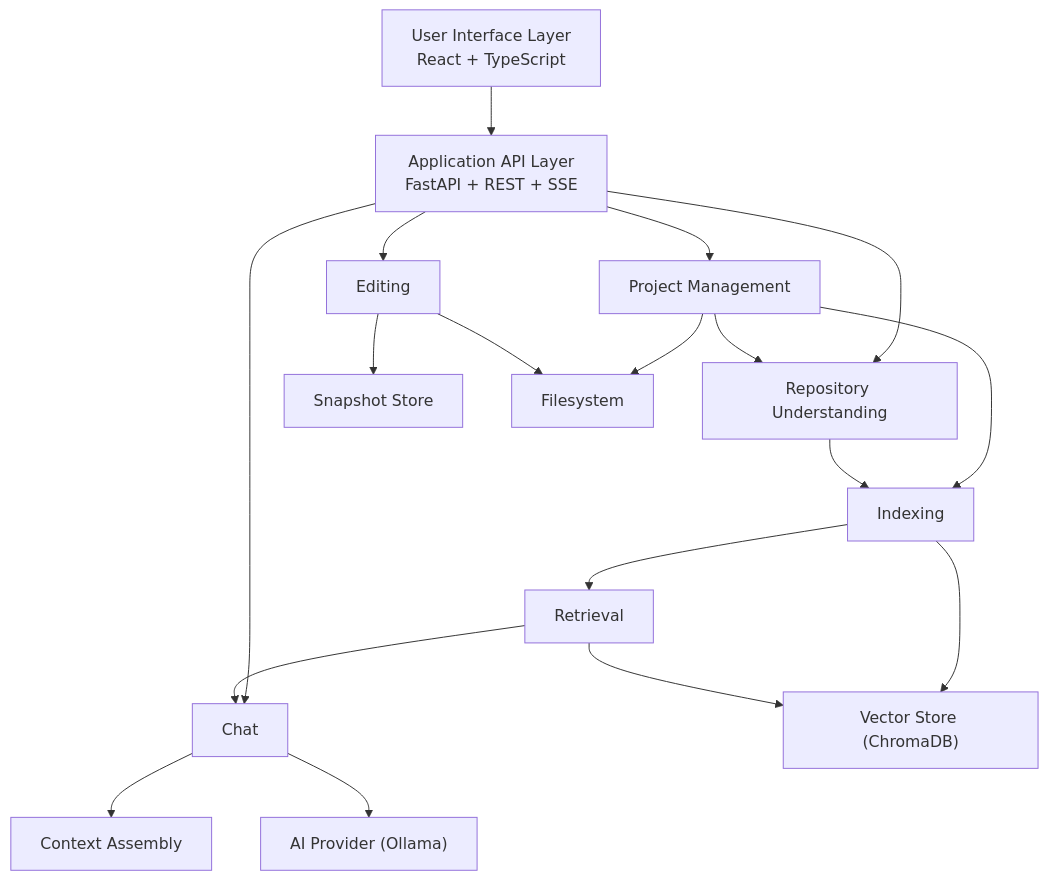
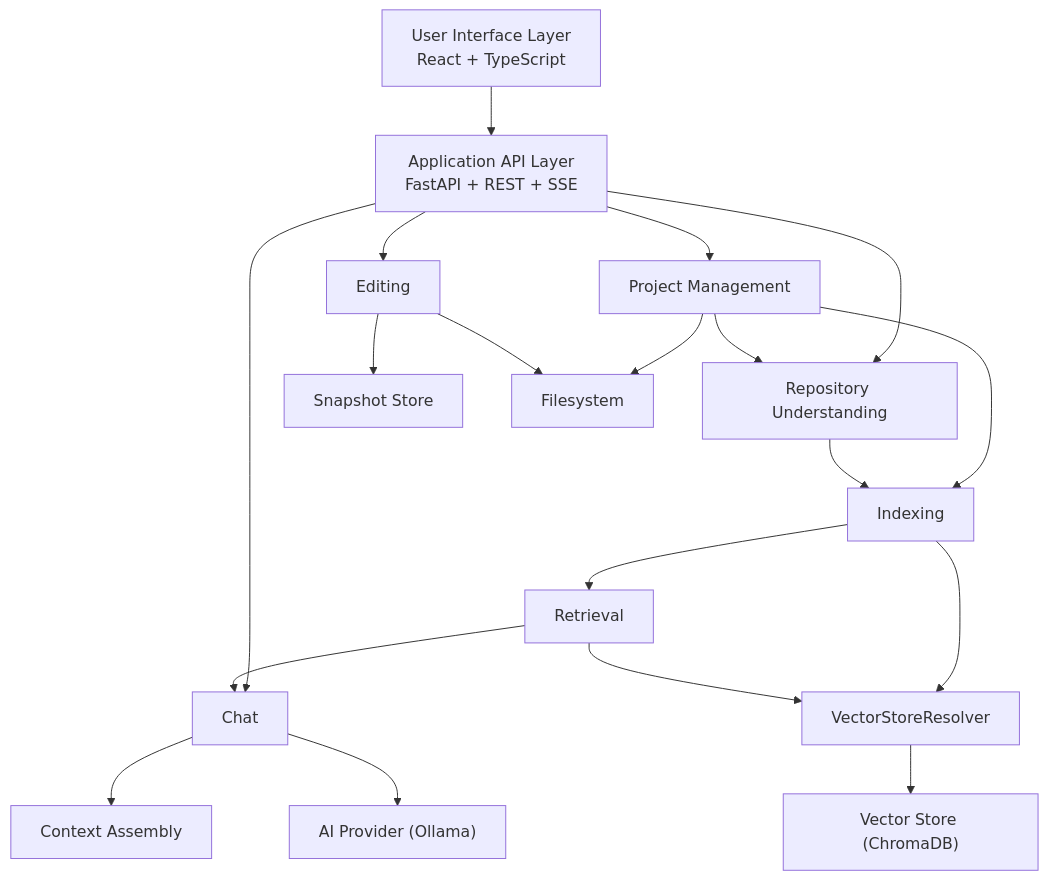
One commit to Smit-whitespace/repository-intelligence-platform changed the first of 9 diagrams in docs/architecture/diagrams/README.md. Above: the diagram before and after it, drawn with Mermaid. The commit also changed other lines of this file and 75 other files, not shown here.

````diff
--- a/docs/architecture/diagrams/README.md
+++ b/docs/architecture/diagrams/README.md
@@ -18,20 +18,21 @@
 ```mermaid
 graph TD
     UI["User Interface Layer<br/>React + TypeScript"] --> API["Application API Layer<br/>FastAPI + REST + SSE"]
     API --> PM["Project Management"]
     API --> REPO["Repository Understanding"]
     API --> CHAT["Chat"]
     API --> EDIT["Editing"]
     PM --> REPO
     PM --> INDEX["Indexing"]
     REPO --> INDEX
     INDEX --> RET["Retrieval"]
     RET --> CHAT
     CHAT --> CA["Context Assembly"]
     CHAT --> LLM["AI Provider (Ollama)"]
     EDIT --> SS["Snapshot Store"]
-    INDEX --> VS["Vector Store (ChromaDB)"]
-    RET --> VS
+    INDEX --> VR["VectorStoreResolver"]
+    RET --> VR
+    VR --> VS["Vector Store (ChromaDB)"]
     PM --> FS["Filesystem"]
     EDIT --> FS
 ```
````
